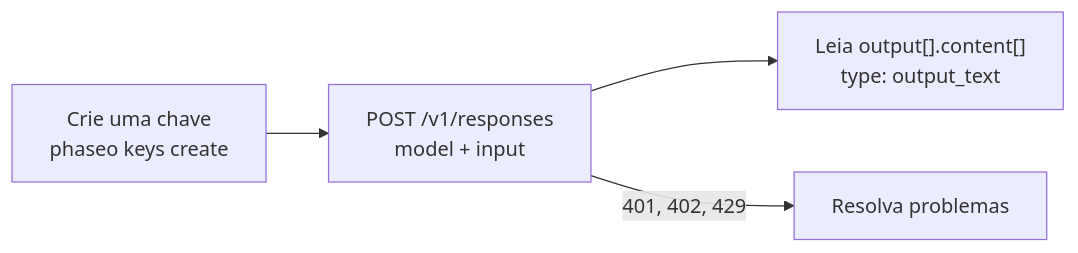
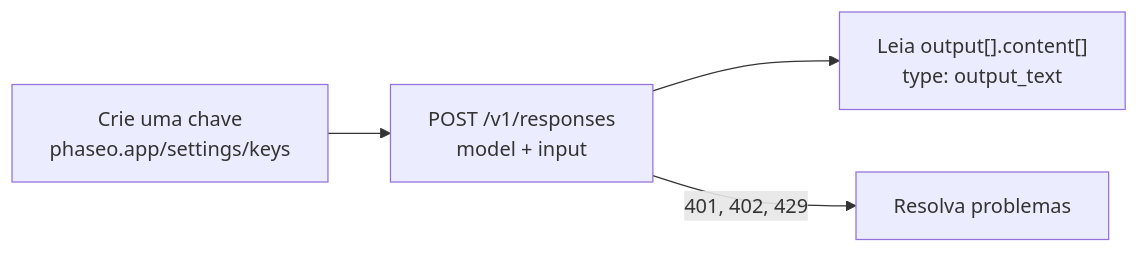
One commit to phaseoteam/Phaseo changed the diagram in apps/docs/pt-BR/v1/quickstart.mdx. Above: the diagram before and after it, drawn with Mermaid. The commit also changed other lines of this file and 238 other files, not shown here.

````diff
--- a/apps/docs/pt-BR/v1/quickstart.mdx
+++ b/apps/docs/pt-BR/v1/quickstart.mdx
@@ -9,6 +9,6 @@
 ```mermaid
 flowchart LR
-  key["Crie uma chave<br/>phaseo keys create"] --> req["POST /v1/responses<br/>model + input"]
+  key["Crie uma chave<br/>phaseo.app/settings/keys"] --> req["POST /v1/responses<br/>model + input"]
   req --> read["Leia output[].content[]<br/>type: output_text"]
   req -->|"401, 402, 429"| fix["Resolva problemas"]
 ```
````
